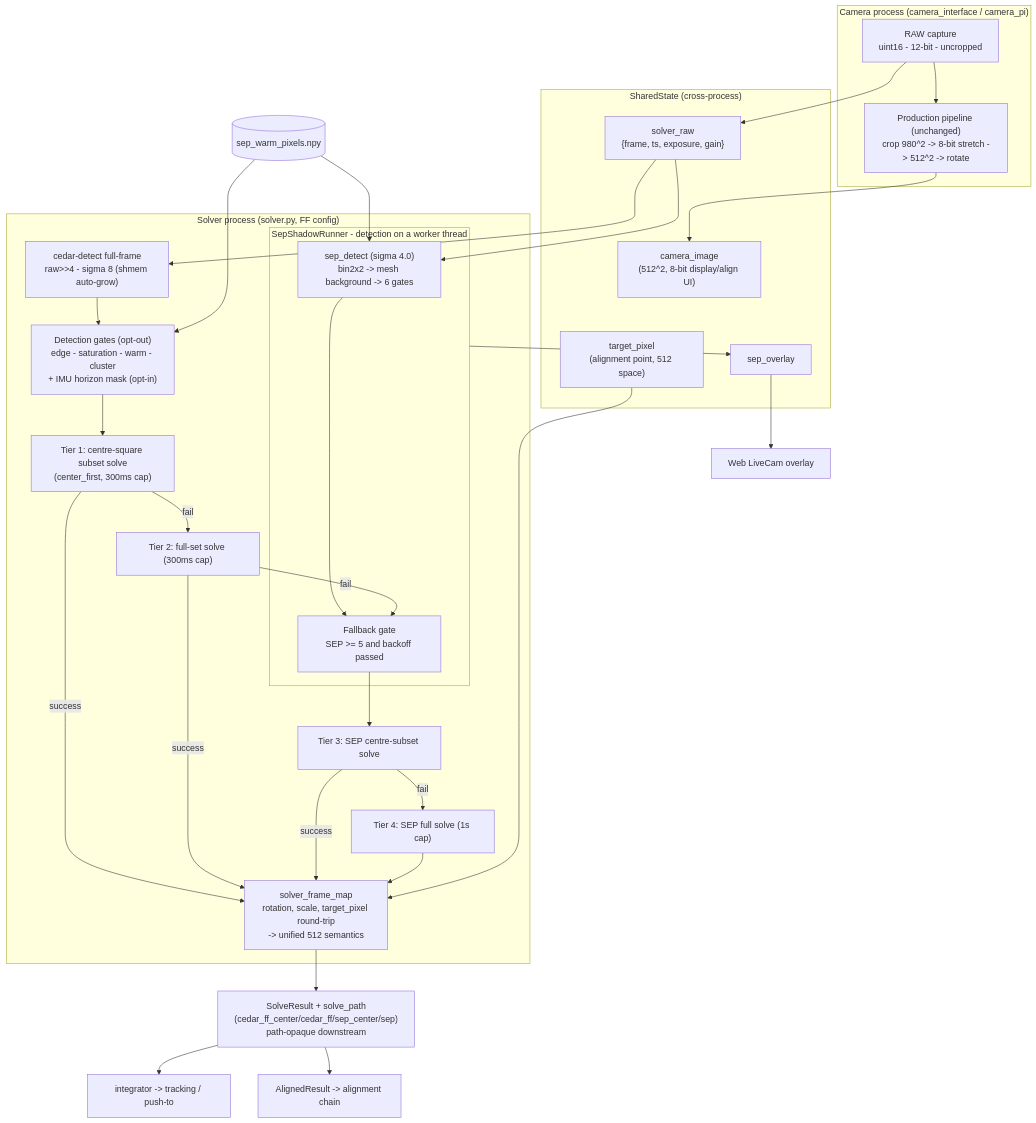
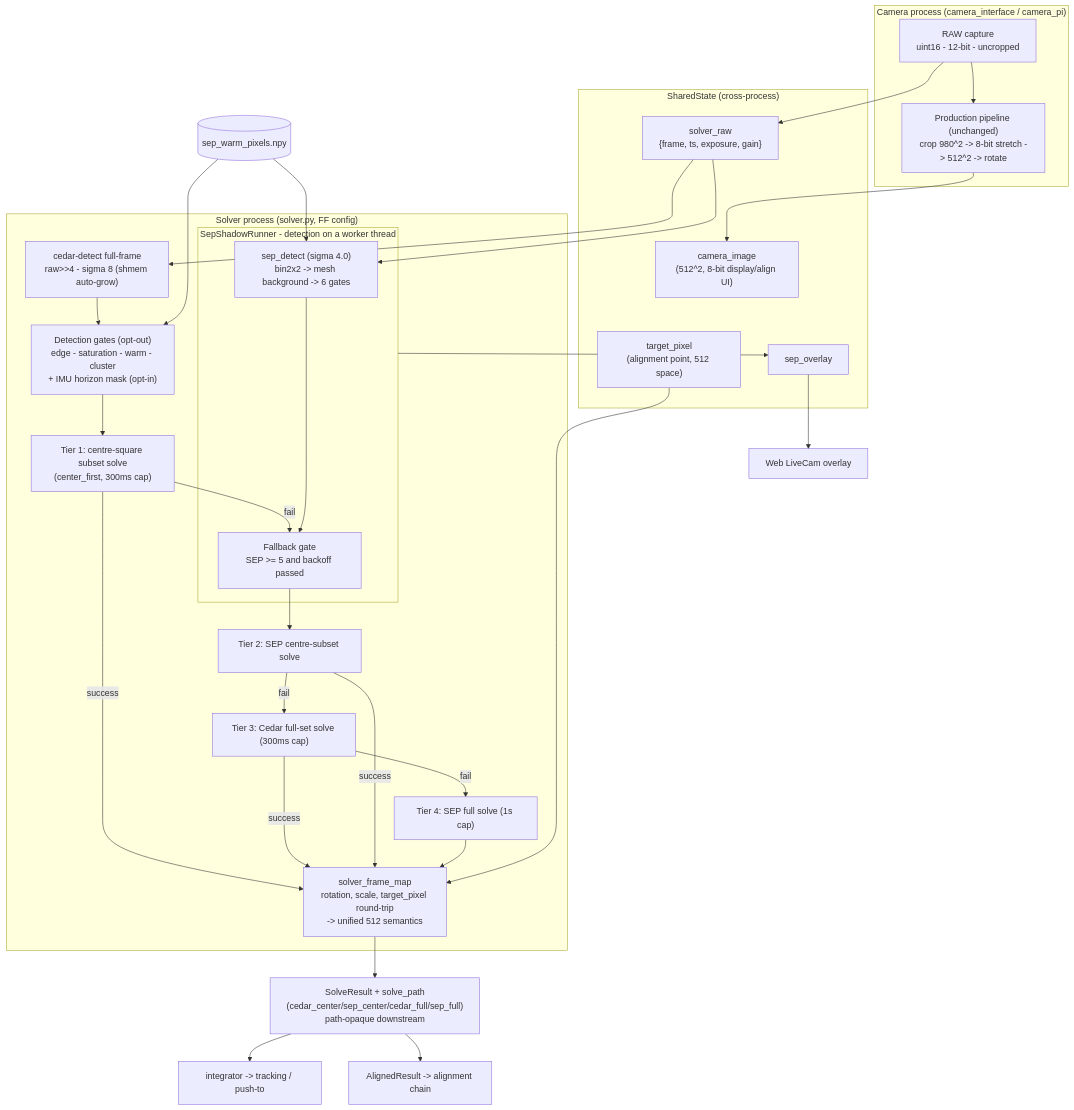
Before and after one commit to hjoungjoo/MF_PiFinder: the diagram in docs/mf_dev/mf_cedar_sep_hybrid_design_en.md, drawn with Mermaid. The commit also changed other lines of this file and 12 other files, not shown here.

````diff
--- a/docs/mf_dev/mf_cedar_sep_hybrid_design_en.md
+++ b/docs/mf_dev/mf_cedar_sep_hybrid_design_en.md
@@ -66,44 +67,43 @@
 ```mermaid
 flowchart TB
     subgraph camproc["Camera process (camera_interface / camera_pi)"]
         raw["RAW capture<br/>uint16 - 12-bit - uncropped"]
         prod["Production pipeline (unchanged)<br/>crop 980^2 -> 8-bit stretch -> 512^2 -> rotate"]
     end
     subgraph shared["SharedState (cross-process)"]
         ci["camera_image<br/>(512^2, 8-bit display/align UI)"]
         sr["solver_raw<br/>{frame, ts, exposure, gain}"]
         tp["target_pixel<br/>(alignment point, 512 space)"]
         ov["sep_overlay"]
     end
     subgraph solver["Solver process (solver.py, FF config)"]
         ced["cedar-detect full-frame<br/>raw>>4 - sigma 8 (shmem auto-grow)"]
         gates["Detection gates (opt-out)<br/>edge - saturation - warm - cluster<br/>+ IMU horizon mask (opt-in)"]
         c1["Tier 1: centre-square subset solve<br/>(center_first, 300ms cap)"]
-        c2["Tier 2: full-set solve (300ms cap)"]
+        c2["Tier 3: Cedar full-set solve (300ms cap)"]
         subgraph runner["SepShadowRunner - detection on a worker thread"]
             det["sep_detect (sigma 4.0)<br/>bin2x2 -> mesh background -> 6 gates"]
             gate["Fallback gate<br/>SEP >= 5 and backoff passed"]
         end
-        s3["Tier 3: SEP centre-subset solve"]
+        s3["Tier 2: SEP centre-subset solve"]
         s4["Tier 4: SEP full solve (1s cap)"]
         map["solver_frame_map<br/>rotation, scale, target_pixel round-trip<br/>-> unified 512 semantics"]
     end
     wpm[("sep_warm_pixels.npy")]
     raw --> prod --> ci
     raw --> sr
-    sr --> ced --> gates --> c1 -->|fail| c2
+    sr --> ced --> gates --> c1 -->|fail| gate
     sr --> det
     wpm --> gates
     wpm --> det
-    det --> gate
-    c2 -->|fail| gate --> s3 -->|fail| s4
+    det --> gate --> s3 -->|fail| c2 -->|fail| s4
     c1 -->|success| map
     c2 -->|success| map
     s3 -->|success| map
     s4 --> map
     tp --> map
-    map --> res["SolveResult + solve_path<br/>(cedar_ff_center/cedar_ff/sep_center/sep)<br/>path-opaque downstream"]
+    map --> res["SolveResult + solve_path<br/>(cedar_center/sep_center/cedar_full/sep_full)<br/>path-opaque downstream"]
     res --> integ["integrator -> tracking / push-to"]
     res --> align["AlignedResult -> alignment chain"]
     runner --> ov --> web["Web LiveCam overlay"]
 ```
````
